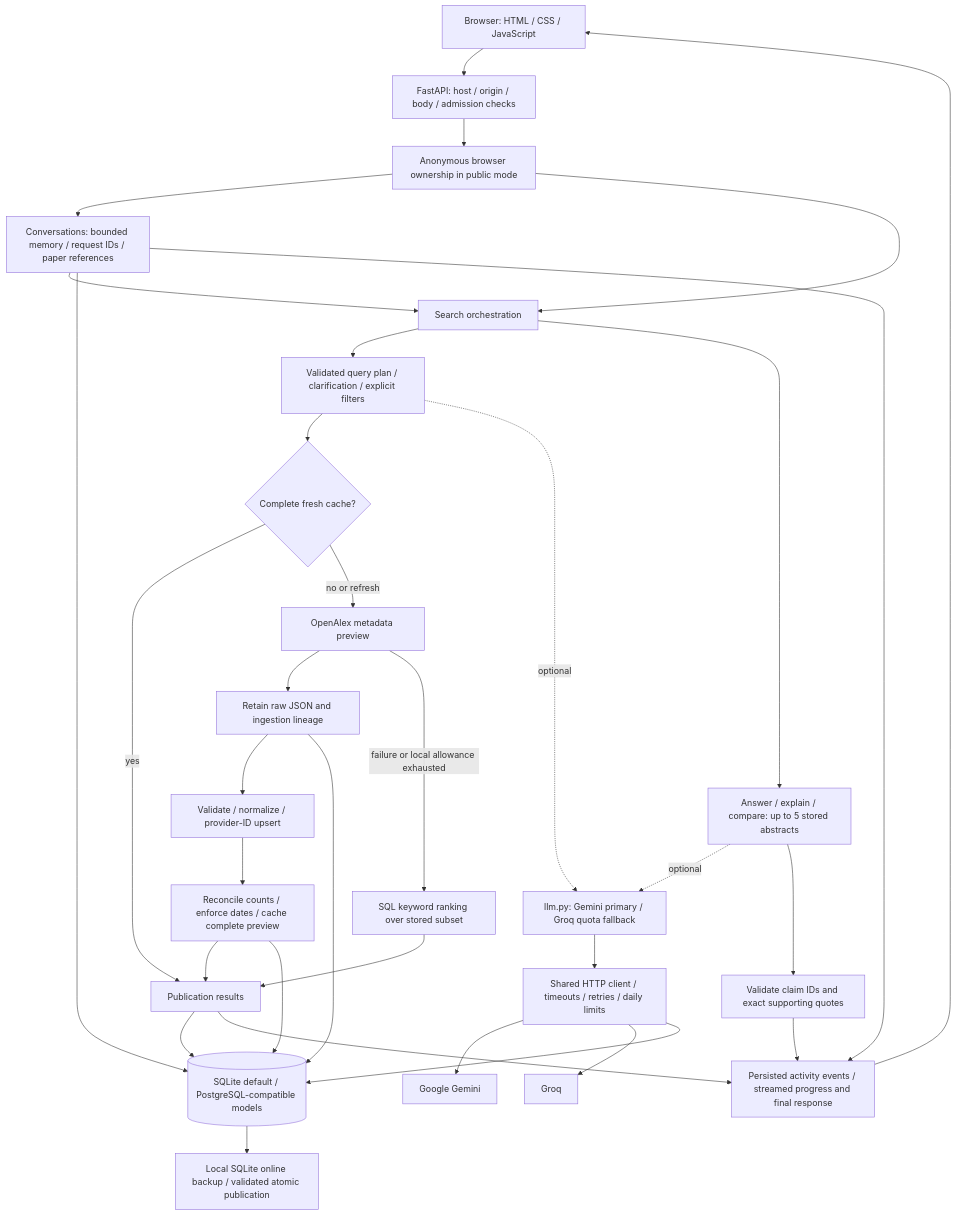
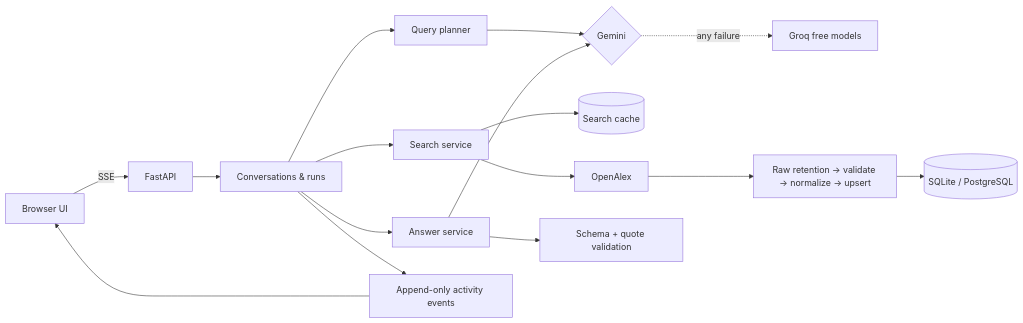
The diagram in README.md (Sharan099/Research-Navigator), drawn with Mermaid before and after one commit. The commit also changed other lines of this file and 33 other files, not shown here.

First line of the commit message:
Use Groq free models as fallback for any Gemini failure; add live 60s demo

````diff
--- a/README.md
+++ b/README.md
@@ -121,35 +52,17 @@
 ```mermaid
-flowchart TD
-    Browser[Browser: HTML / CSS / JavaScript] --> HTTP[FastAPI: host / origin / body / admission checks]
-    HTTP --> Owner[Anonymous browser ownership in public mode]
-    Owner --> Chat[Conversations: bounded memory / request IDs / paper references]
-    Owner --> Search[Search orchestration]
-    Chat --> Search
-    Search --> Plan[Validated query plan / clarification / explicit filters]
-    Plan --> Cache{Complete fresh cache?}
-    Cache -->|yes| Results[Publication results]
-    Cache -->|no or refresh| OA[OpenAlex metadata preview]
-    OA --> Raw[Retain raw JSON and ingestion lineage]
-    Raw --> Clean[Validate / normalize / provider-ID upsert]
-    Clean --> Reconcile[Reconcile counts / enforce dates / cache complete preview]
-    Reconcile --> Results
-    OA -->|failure or local allowance exhausted| Local[SQL keyword ranking over stored subset]
-    Local --> Results
-    Search --> Answer[Answer / explain / compare: up to 5 stored abstracts]
-    Plan -. optional .-> LLM[llm.py: Gemini primary / Groq quota fallback]
-    Answer -. optional .-> LLM
-    LLM --> Providers[Shared HTTP client / timeouts / retries / daily limits]
-    Providers --> Gemini[Google Gemini]
-    Providers --> Groq[Groq]
-    Answer --> Evidence[Validate claim IDs and exact supporting quotes]
-    Results --> SQL[(SQLite default / PostgreSQL-compatible models)]
-    Raw --> SQL
-    Reconcile --> SQL
-    Chat --> SQL
-    Providers --> SQL
-    Chat --> SSE[Persisted activity events / streamed progress and final response]
-    Results --> SSE
-    Evidence --> SSE
-    SSE --> Browser
-    SQL --> Backup[Local SQLite online backup / validated atomic publication]
+flowchart LR
+    UI[Browser UI] -- SSE --> API[FastAPI]
+    API --> Chat[Conversations & runs]
+    Chat --> Plan[Query planner]
+    Plan --> LLM{Gemini}
+    LLM -. any failure .-> Groq[Groq free models]
+    Chat --> Search[Search service]
+    Search --> Cache[(Search cache)]
+    Search --> OA[OpenAlex]
+    OA --> Pipeline[Raw retention → validate → normalize → upsert]
+    Pipeline --> DB[(SQLite / PostgreSQL)]
+    Chat --> Answers[Answer service]
+    Answers --> LLM
+    Answers --> Check[Schema + quote validation]
+    Chat --> Events[Append-only activity events] --> UI
 ```
````
